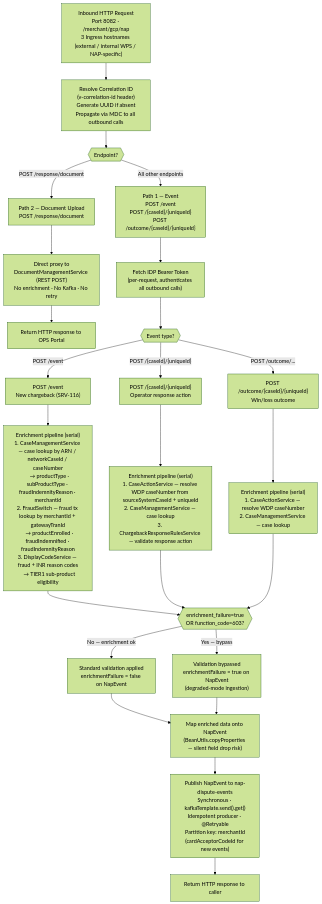
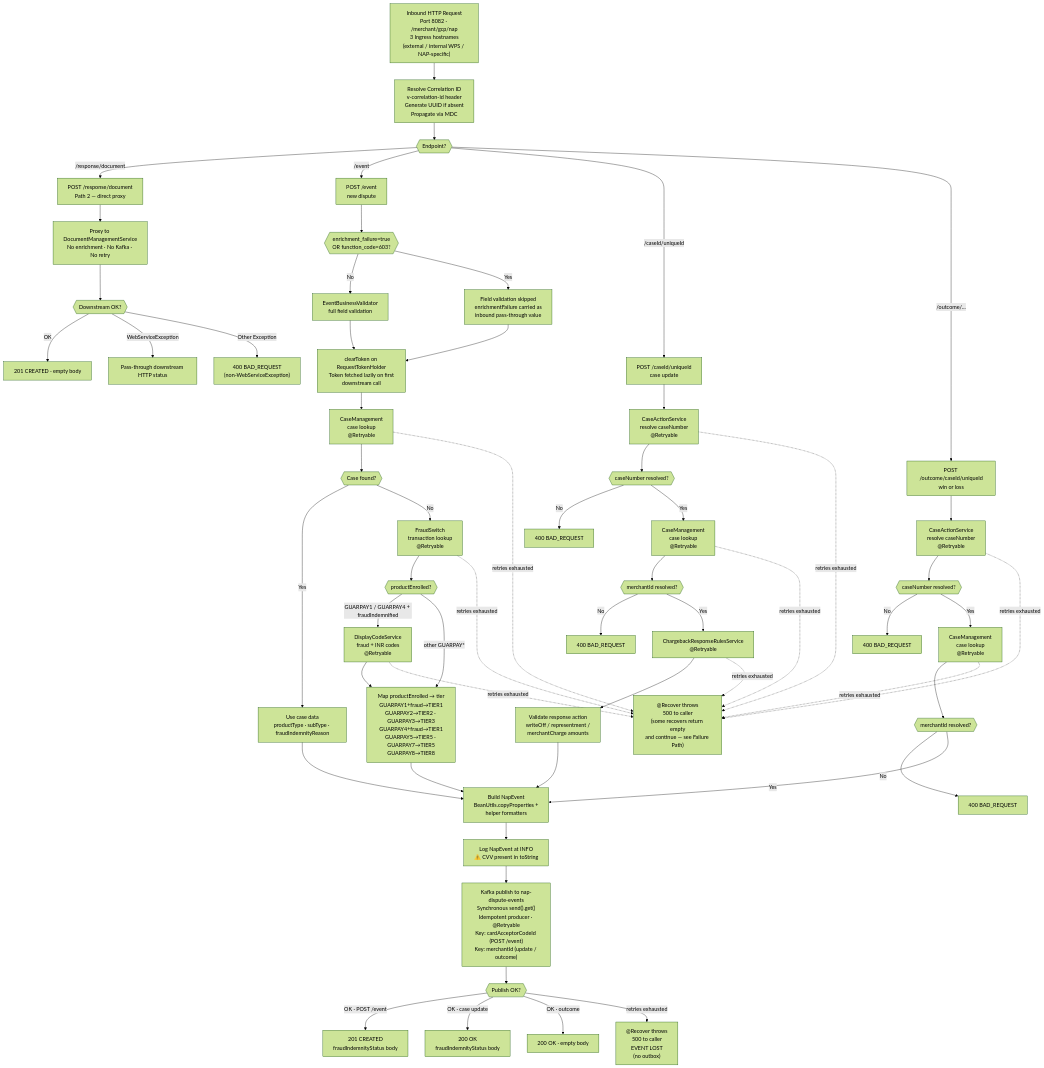
One commit to Ramas0409/DISPUTE-DOCUMENTS changed the diagram in components/WDP-COMP-04-NAP-DISPUTE-EVENT-SERVICE.md. Above: the diagram before and after it, drawn with Mermaid (forest theme). The commit also changed other lines of this file and 13 other files, not shown here.

````diff
--- a/components/WDP-COMP-04-NAP-DISPUTE-EVENT-SERVICE.md
+++ b/components/WDP-COMP-04-NAP-DISPUTE-EVENT-SERVICE.md
@@ -88,62 +95,129 @@
 ```mermaid
 flowchart TD
-    IN["Inbound HTTP Request\nPort 8082 · /merchant/gcp/nap\n3 Ingress hostnames (external / internal WPS / NAP-specific)"]
+    IN["Inbound HTTP Request<br/>Port 8082 · /merchant/gcp/nap<br/>3 Ingress hostnames<br/>(external / internal WPS / NAP-specific)"]
 
-    CID["Resolve Correlation ID\n(v-correlation-id header)\nGenerate UUID if absent\nPropagate via MDC to all outbound calls"]
+    CID["Resolve Correlation ID<br/>v-correlation-id header<br/>Generate UUID if absent<br/>Propagate via MDC"]
 
     DEC_PATH{{"Endpoint?"}}
 
-    DOCPATH["Path 2 — Document Upload\nPOST /response/document"]
-    KAFKAPATH["Path 1 — Event\nPOST /event\nPOST /{caseId}/{uniqueId}\nPOST /outcome/{caseId}/{uniqueId}"]
+    DOCPATH["POST /response/document<br/>Path 2 — direct proxy"]
+    EVENTPATH["POST /event<br/>new dispute"]
+    UPDPATH["POST /caseId/uniqueId<br/>case update"]
+    OUTPATH["POST /outcome/caseId/uniqueId<br/>win or loss"]
 
-    DOC_PROXY["Direct proxy to\nDocumentManagementService (REST POST)\nNo enrichment · No Kafka · No retry"]
-    DOC_OUT["Return HTTP response to OPS Portal"]
+    %% Path 2 — Document
+    DOC_PROXY["Proxy to DocumentManagementService<br/>No enrichment · No Kafka · No retry"]
+    DOC_FAIL{{"Downstream OK?"}}
+    DOC_OK["201 CREATED · empty body"]
+    DOC_PASS["Pass-through downstream HTTP status"]
+    DOC_400["400 BAD_REQUEST<br/>(non-WebServiceException)"]
 
-    FETCH_TOKEN["Fetch IDP Bearer Token\n(per-request, authenticates all outbound calls)"]
+    %% Path 1 — common preamble
+    CLR_TOKEN["clearToken on RequestTokenHolder<br/>Token fetched lazily on first<br/>downstream call"]
 
-    DEC_TYPE{{"Event type?"}}
+    %% New dispute branch
+    EV_VALID{{"enrichment_failure=true<br/>OR function_code=603?"}}
+    EV_FULL["EventBusinessValidator<br/>full field validation"]
+    EV_SKIP["Field validation skipped<br/>enrichmentFailure carried as<br/>inbound pass-through value"]
 
-    NEW_DISPUTE["POST /event\nNew chargeback (SRV-116)"]
-    CASE_UPDATE["POST /{caseId}/{uniqueId}\nOperator response action"]
-    OUTCOME["POST /outcome/{caseId}/{uniqueId}\nWin/loss outcome"]
+    EV_CMS["CaseManagement<br/>case lookup<br/>@Retryable"]
+    EV_DEC{{"Case found?"}}
+    EV_USE_CASE["Use case data<br/>productType · subType · fraudIndemnityReason"]
+    EV_FRAUD["FraudSwitch<br/>transaction lookup<br/>@Retryable"]
+    EV_TIER{{"productEnrolled?"}}
+    EV_DSP["DisplayCodeService<br/>fraud + INR codes<br/>@Retryable"]
+    EV_TIER_MAP["Map productEnrolled → tier<br/>GUARPAY1+fraud→TIER1<br/>GUARPAY2→TIER2 · GUARPAY3→TIER3<br/>GUARPAY4+fraud→TIER1<br/>GUARPAY5→TIER5 · GUARPAY7→TIER5<br/>GUARPAY8→TIER8"]
 
-    ENRICH_NEW["Enrichment pipeline (serial)\n1. CaseManagementService — case lookup by ARN / networkCaseId / caseNumber\n   → productType · subProductType · fraudIndemnityReason · merchantId\n2. FraudSwitch — fraud tx lookup by merchantId + gatewayTranId\n   → productEnrolled · fraudIndemnified · fraudIndemnityReason\n3. DisplayCodeService — fraud + INR reason codes\n   → TIER1 sub-product eligibility"]
+    %% Update branch
+    UP_CAS["CaseActionService<br/>resolve caseNumber<br/>@Retryable"]
+    UP_CAS_DEC{{"caseNumber resolved?"}}
+    UP_400_A["400 BAD_REQUEST"]
+    UP_CMS["CaseManagement<br/>case lookup<br/>@Retryable"]
+    UP_CMS_DEC{{"merchantId resolved?"}}
+    UP_400_B["400 BAD_REQUEST"]
+    UP_CRR["ChargebackResponseRulesService<br/>@Retryable"]
+    UP_VALID["Validate response action<br/>writeOff / representment /<br/>merchantCharge amounts"]
 
-    ENRICH_UPDATE["Enrichment pipeline (serial)\n1. CaseActionService — resolve WDP caseNumber from sourceSystemCaseId + uniqueId\n2. CaseManagementService — case lookup\n3. ChargebackResponseRulesService — validate response action"]
+    %% Outcome branch
+    OC_CAS["CaseActionService<br/>resolve caseNumber<br/>@Retryable"]
+    OC_CAS_DEC{{"caseNumber resolved?"}}
+    OC_400_A["400 BAD_REQUEST"]
+    OC_CMS["CaseManagement<br/>case lookup<br/>@Retryable"]
+    OC_CMS_DEC{{"merchantId resolved?"}}
+    OC_400_B["400 BAD_REQUEST"]
 
-    ENRICH_OUTCOME["Enrichment pipeline (serial)\n1. CaseActionService — resolve WDP caseNumber\n2. CaseManagementService — case lookup"]
+    %% Common publish
+    BUILD["Build NapEvent<br/>BeanUtils.copyProperties +<br/>helper formatters"]
+    LOG_EVT["Log NapEvent at INFO<br/>⚠️ CVV present in toString"]
+    PUB["Kafka publish to nap-dispute-events<br/>Synchronous send().get()<br/>Idempotent producer · @Retryable<br/>Key: cardAcceptorCodeId (POST /event)<br/>Key: merchantId (update / outcome)"]
 
-    DEC_BYPASS{{"enrichment_failure=true\nOR function_code=603?"}}
+    PUB_DEC{{"Publish OK?"}}
+    PUB_OK_NEW["201 CREATED<br/>fraudIndemnityStatus body"]
+    PUB_OK_UPD["200 OK<br/>fraudIndemnityStatus body"]
+    PUB_OK_OUT["200 OK · empty body"]
+    PUB_FAIL["@Recover throws<br/>500 to caller<br/>EVENT LOST<br/>(no outbox)"]
 
-    VALID["Standard validation applied\nenrichmentFailure = false on NapEvent"]
-    BYPASS["Validation bypassed\nenrichmentFailure = true on NapEvent\n(degraded-mode ingestion)"]
+    %% Failure recovery from any @Retryable enrichment exhaustion
+    ENR_FAIL["@Recover throws<br/>500 to caller<br/>(some recovers return empty<br/>and continue — see Failure Path)"]
 
-    MAP["Map enriched data onto NapEvent\n(BeanUtils.copyProperties — silent field drop risk)"]
+    IN --> CID --> DEC_PATH
 
-    KAFKA_PUB["Publish NapEvent to nap-dispute-events\nSynchronous · kafkaTemplate.send().get()\nIdempotent producer · @Retryable\nPartition key: merchantId\n(cardAcceptorCodeId for new events)"]
+    DEC_PATH -->|"/response/document"| DOCPATH
+    DEC_PATH -->|"/event"| EVENTPATH
+    DEC_PATH -->|"/caseId/uniqueId"| UPDPATH
+    DEC_PATH -->|"/outcome/..."| OUTPATH
 
-    KAFKA_OUT["Return HTTP response to caller"]
+    DOCPATH --> DOC_PROXY --> DOC_FAIL
+    DOC_FAIL -->|"OK"| DOC_OK
+    DOC_FAIL -->|"WebServiceException"| DOC_PASS
+    DOC_FAIL -->|"Other Exception"| DOC_400
 
-    IN --> CID
-    CID --> DEC_PATH
-    DEC_PATH -->|"POST /response/document"| DOCPATH
-    DEC_PATH -->|"All other endpoints"| KAFKAPATH
+    EVENTPATH --> EV_VALID
+    EV_VALID -->|"No"| EV_FULL
+    EV_VALID -->|"Yes"| EV_SKIP
+    EV_FULL --> CLR_TOKEN
+    EV_SKIP --> CLR_TOKEN
+    CLR_TOKEN --> EV_CMS
+    EV_CMS --> EV_DEC
+    EV_CMS -.->|"retries exhausted"| ENR_FAIL
+    EV_DEC -->|"Yes"| EV_USE_CASE
+    EV_DEC -->|"No"| EV_FRAUD
+    EV_FRAUD --> EV_TIER
+    EV_FRAUD -.->|"retries exhausted"| ENR_FAIL
+    EV_TIER -->|"GUARPAY1 / GUARPAY4 + fraudIndemnified"| EV_DSP
+    EV_TIER -->|"other GUARPAY*"| EV_TIER_MAP
+    EV_DSP --> EV_TIER_MAP
+    EV_DSP -.->|"retries exhausted"| ENR_FAIL
+    EV_USE_CASE --> BUILD
+    EV_TIER_MAP --> BUILD
 
-    DOCPATH --> DOC_PROXY --> DOC_OUT
+    UPDPATH --> UP_CAS
+    UP_CAS --> UP_CAS_DEC
+    UP_CAS -.->|"retries exhausted"| ENR_FAIL
+    UP_CAS_DEC -->|"No"| UP_400_A
+    UP_CAS_DEC -->|"Yes"| UP_CMS
+    UP_CMS --> UP_CMS_DEC
+    UP_CMS -.->|"retries exhausted"| ENR_FAIL
+    UP_CMS_DEC -->|"No"| UP_400_B
+    UP_CMS_DEC -->|"Yes"| UP_CRR
+    UP_CRR --> UP_VALID
+    UP_CRR -.->|"retries exhausted"| ENR_FAIL
+    UP_VALID --> BUILD
 
-    KAFKAPATH --> FETCH_TOKEN --> DEC_TYPE
-    DEC_TYPE -->|"POST /event"| NEW_DISPUTE
-    DEC_TYPE -->|"POST /{caseId}/{uniqueId}"| CASE_UPDATE
-    DEC_TYPE -->|"POST /outcome/..."| OUTCOME
+    OUTPATH --> OC_CAS
+    OC_CAS --> OC_CAS_DEC
+    OC_CAS -.->|"retries exhausted"| ENR_FAIL
+    OC_CAS_DEC -->|"No"| OC_400_A
+    OC_CAS_DEC -->|"Yes"| OC_CMS
+    OC_CMS --> OC_CMS_DEC
+    OC_CMS -.->|"retries exhausted"| ENR_FAIL
+    OC_CMS_DEC -->|"No"| OC_400_B
+    OC_CMS_DEC -->|"Yes"| BUILD
 
-    NEW_DISPUTE --> ENRICH_NEW --> DEC_BYPASS
-    CASE_UPDATE --> ENRICH_UPDATE --> DEC_BYPASS
-    OUTCOME --> ENRICH_OUTCOME --> DEC_BYPASS
-
-    DEC_BYPASS -->|"No — enrichment ok"| VALID
-    DEC_BYPASS -->|"Yes — bypass"| BYPASS
-
-    VALID --> MAP
-    BYPASS --> MAP
-    MAP --> KAFKA_PUB --> KAFKA_OUT
+    BUILD --> LOG_EVT --> PUB
+    PUB --> PUB_DEC
+    PUB_DEC -->|"OK · POST /event"| PUB_OK_NEW
+    PUB_DEC -->|"OK · case update"| PUB_OK_UPD
+    PUB_DEC -->|"OK · outcome"| PUB_OK_OUT
+    PUB_DEC -->|"retries exhausted"| PUB_FAIL
 ```
````
